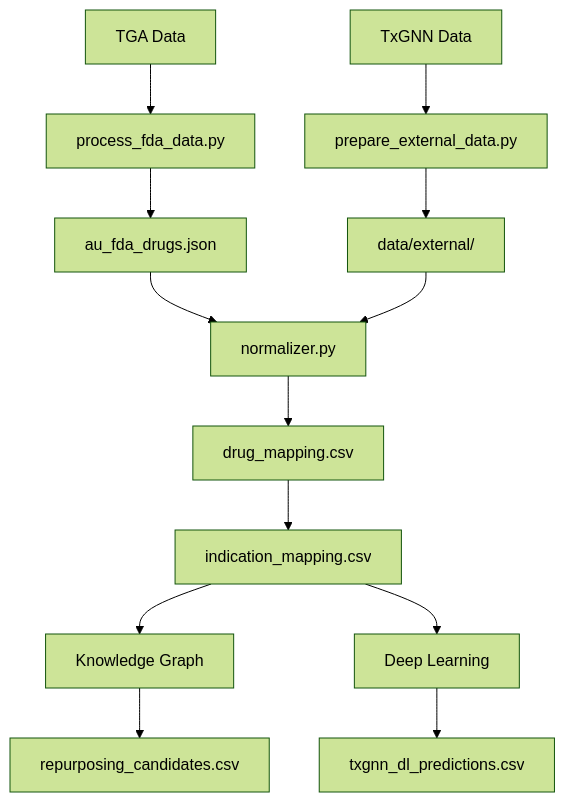
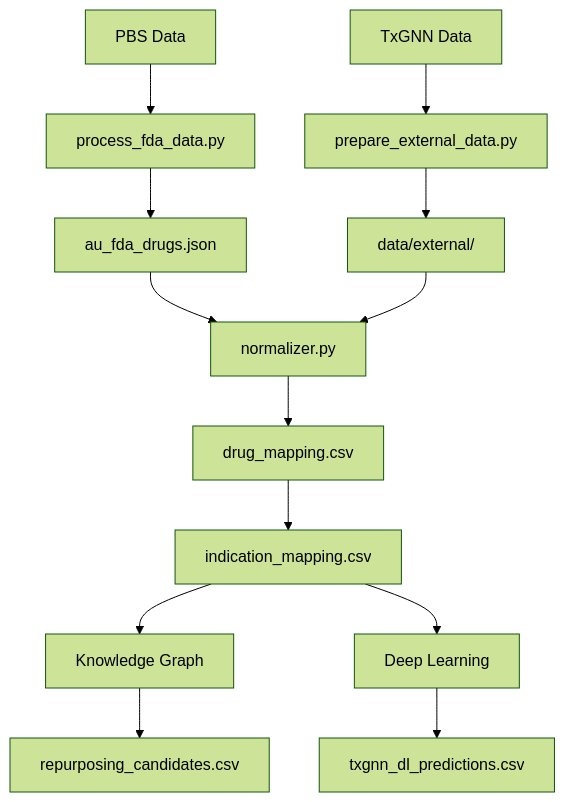
One commit to yao-care/AuTxGNN changed the second of 2 diagrams in README.md. Above: the diagram before and after it, drawn with Mermaid (forest theme). The commit also changed other lines of this file and 3 other files, not shown here.

First line of the commit message:
其餘資料來源描述改寫實際資料集：TGA → PBS Schedule

````diff
--- a/README.md
+++ b/README.md
@@ -302,20 +302,20 @@
 ```mermaid
 flowchart TD
-    FDA["TGA Data"] --> proc["process_fda_data.py"]
+    FDA["PBS Data"] --> proc["process_fda_data.py"]
     TxGNN["TxGNN Data"] --> prep["prepare_external_data.py"]
 
     proc --> json["au_fda_drugs.json"]
     prep --> ext["data/external/"]
 
     json --> norm["normalizer.py"]
     ext --> norm
 
     norm --> drug_map["drug_mapping.csv"]
     drug_map --> ind_map["indication_mapping.csv"]
 
     ind_map --> KG["Knowledge Graph"]
     ind_map --> DL["Deep Learning"]
 
     KG --> kg_out["repurposing_candidates.csv"]
     DL --> dl_out["txgnn_dl_predictions.csv"]
 ```
````
